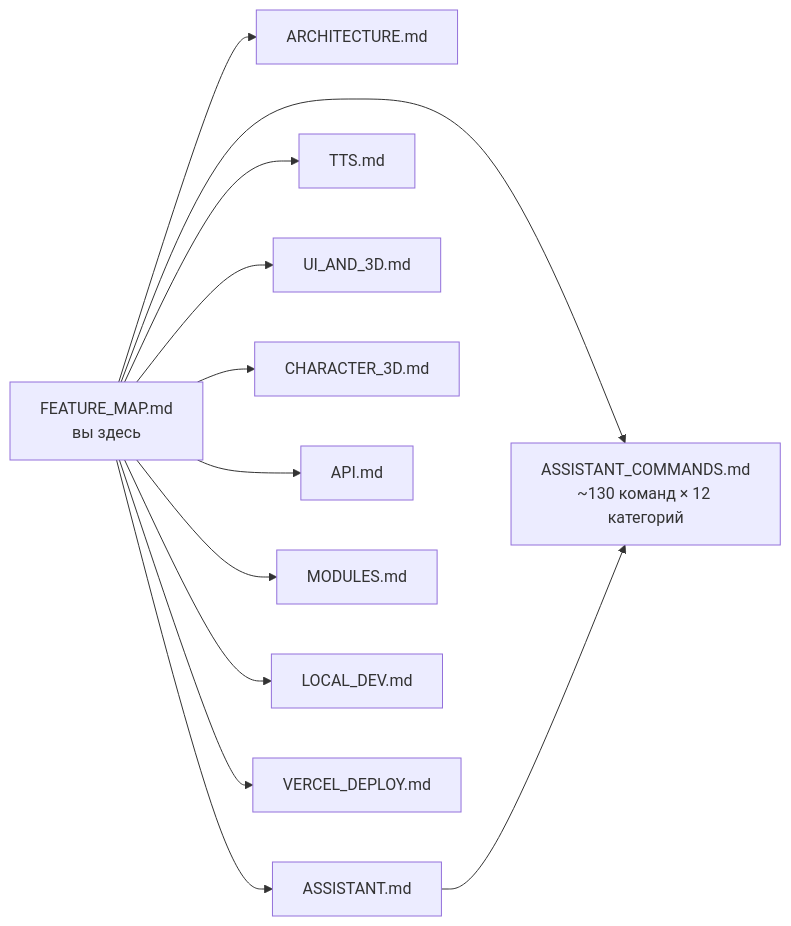
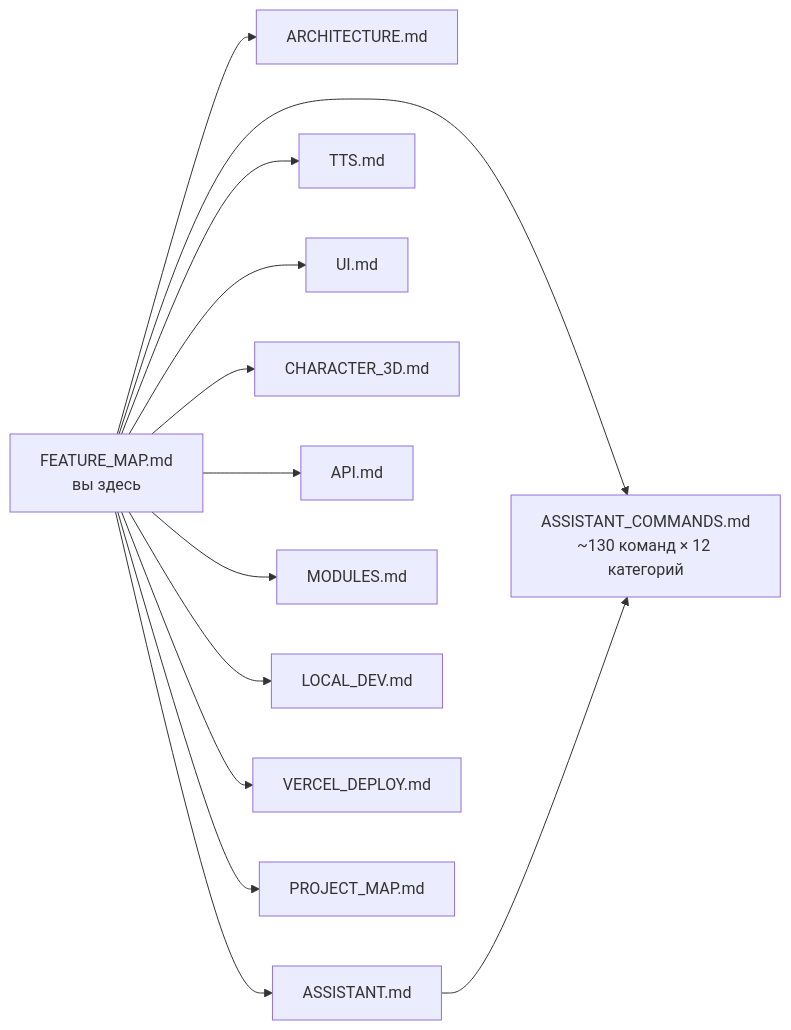
One commit to grrraaaa/mvp changed diagram 11 of 12 in docs/FEATURE_MAP.md. Above: the diagram before and after it, drawn with Mermaid. The commit also changed other lines of this file and 28 other files, not shown here.

````diff
--- a/docs/FEATURE_MAP.md
+++ b/docs/FEATURE_MAP.md
@@ -430,15 +388,16 @@
 ```mermaid
 flowchart LR
     FM[FEATURE_MAP.md<br/>вы здесь]
     FM --> ARCH[ARCHITECTURE.md]
     FM --> ASST[ASSISTANT.md]
     FM --> ASST_C[ASSISTANT_COMMANDS.md<br/>~130 команд × 12 категорий]
     FM --> TTS_D[TTS.md]
-    FM --> UI3D[UI_AND_3D.md]
+    FM --> UI3D[UI.md]
     FM --> CHAR[CHARACTER_3D.md]
     FM --> API_D[API.md]
     FM --> MOD[MODULES.md]
     FM --> DEV[LOCAL_DEV.md]
     FM --> DEP[VERCEL_DEPLOY.md]
+    FM --> MAP[PROJECT_MAP.md]
     ASST --> ASST_C
 ```
````
